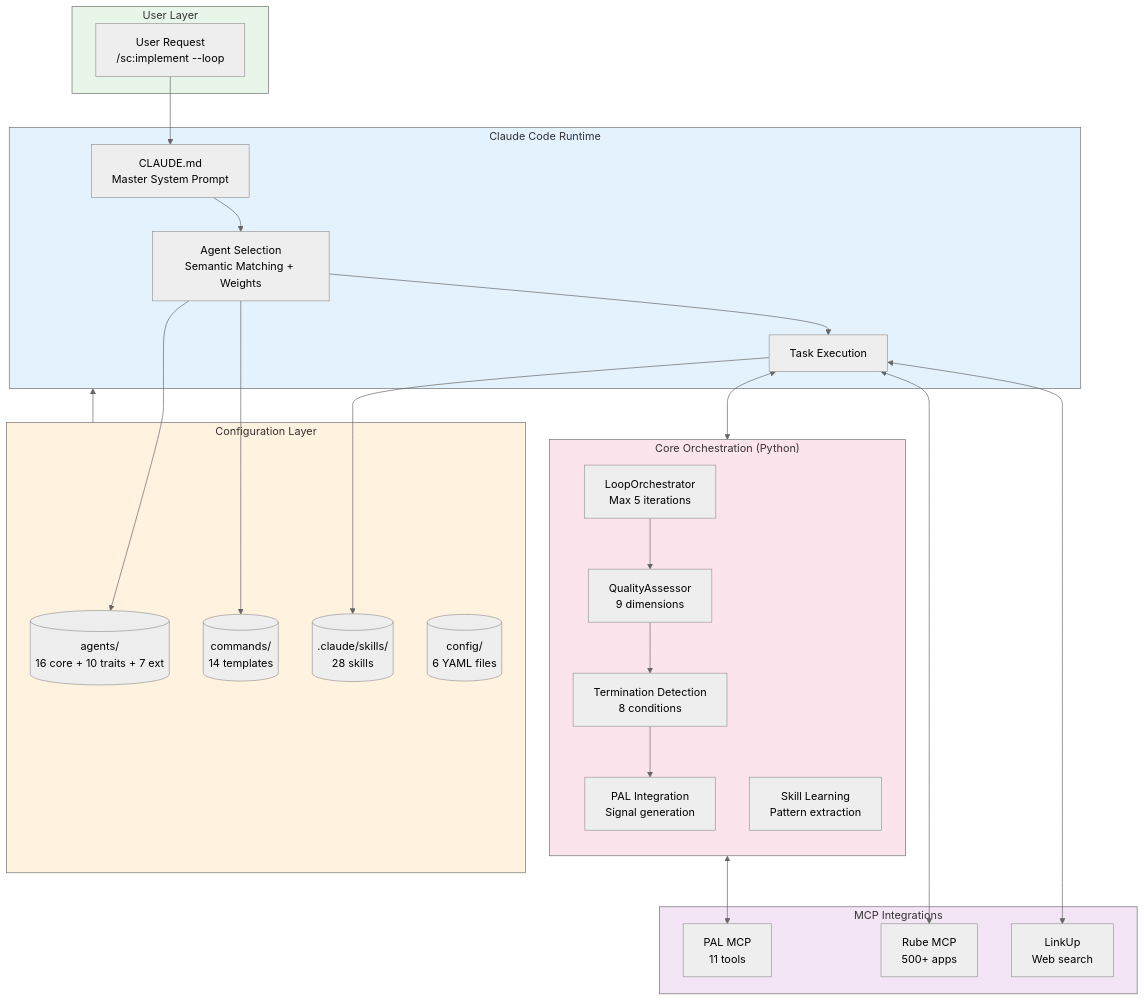
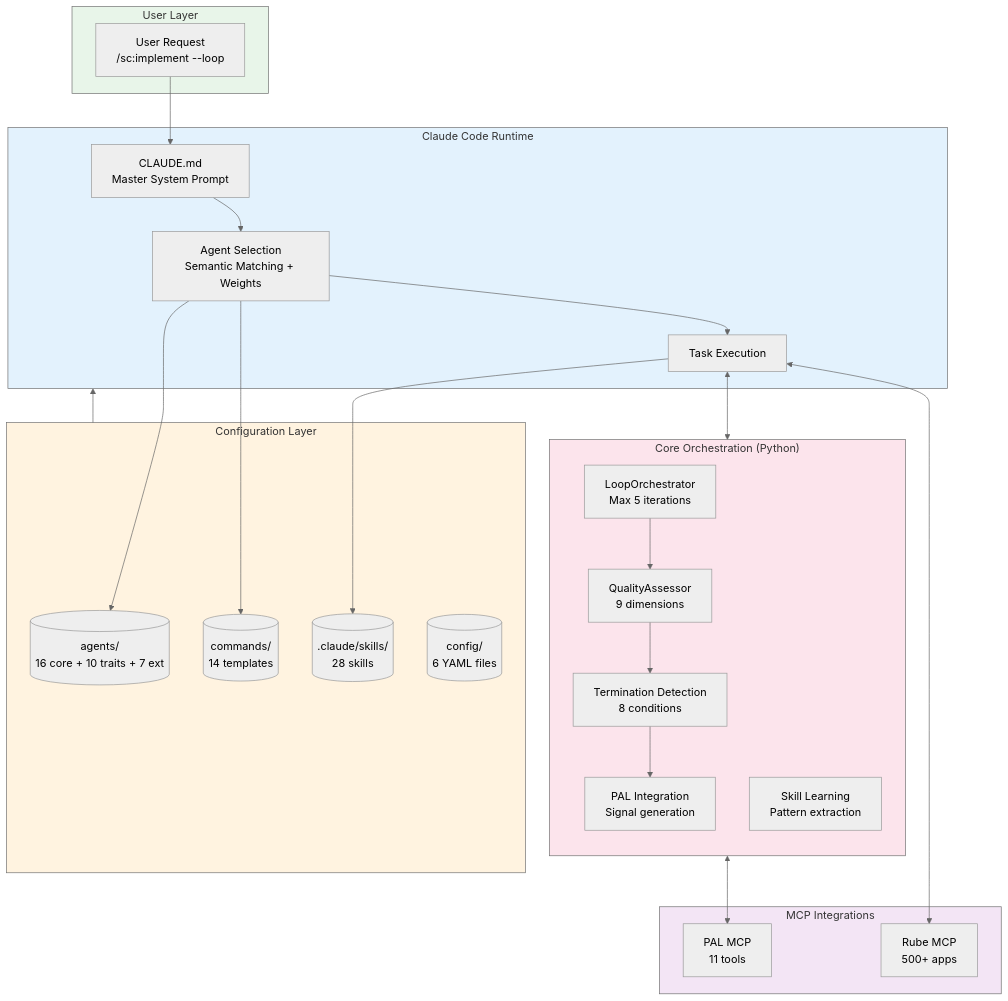
The first of 9 diagrams in README.md (Tony363/SuperClaude), drawn with Mermaid (neutral theme) before and after one commit. The commit also changed other lines of this file and 14 other files, not shown here.

````diff
--- a/README.md
+++ b/README.md
@@ -119,55 +123,53 @@
 ```mermaid
 flowchart TB
     subgraph User["User Layer"]
         REQ["User Request<br/>/sc:implement --loop"]
     end
 
     subgraph Runtime["Claude Code Runtime"]
         CLAUDE["CLAUDE.md<br/>Master System Prompt"]
         SELECT["Agent Selection<br/>Semantic Matching + Weights"]
         EXEC["Task Execution"]
     end
 
     subgraph Config["Configuration Layer"]
         AGENTS[("agents/<br/>16 core + 10 traits + 7 ext")]
         COMMANDS[("commands/<br/>14 templates")]
         SKILLS[(".claude/skills/<br/>28 skills")]
         YAML[("config/<br/>6 YAML files")]
     end
 
     subgraph Core["Core Orchestration (Python)"]
         direction TB
         LOOP["LoopOrchestrator<br/>Max 5 iterations"]
         QUALITY["QualityAssessor<br/>9 dimensions"]
         TERM["Termination Detection<br/>8 conditions"]
         PALINT["PAL Integration<br/>Signal generation"]
         LEARN["Skill Learning<br/>Pattern extraction"]
     end
 
     subgraph MCP["MCP Integrations"]
         PAL["PAL MCP<br/>11 tools"]
         RUBE["Rube MCP<br/>500+ apps"]
-        LINKUP["LinkUp<br/>Web search"]
     end
 
     REQ --> CLAUDE
     CLAUDE --> SELECT
     SELECT --> AGENTS
     SELECT --> COMMANDS
     SELECT --> EXEC
     EXEC --> SKILLS
     EXEC <--> Core
     LOOP --> QUALITY
     QUALITY --> TERM
     TERM --> PALINT
     PALINT <--> PAL
     EXEC <--> RUBE
-    EXEC <--> LINKUP
     Config --> Runtime
 
     style User fill:#e8f5e9
     style Runtime fill:#e3f2fd
     style Config fill:#fff3e0
     style Core fill:#fce4ec
     style MCP fill:#f3e5f5
 ```
````
